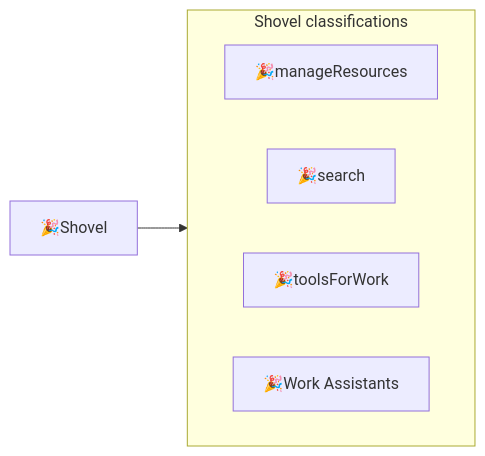
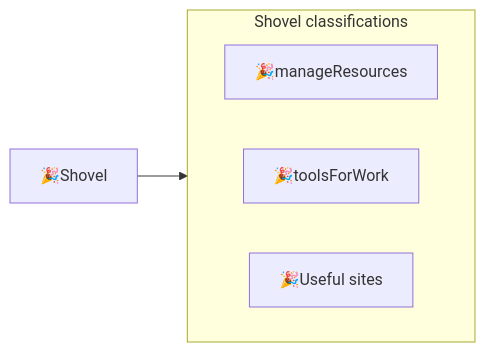
One commit to mindulle/garden changed the diagram in content/Design/Seeds/Shovel/🎉Shovel.md. Above: the diagram before and after it, drawn with Mermaid. The commit also changed other lines of this file and 50 other files, not shown here.

````diff
--- a/content/Design/Seeds/Shovel/🎉Shovel.md
+++ b/content/Design/Seeds/Shovel/🎉Shovel.md
@@ -18,12 +18,11 @@
 ```mermaid
 flowchart LR
 	HERE[&#127881Shovel]
 	subgraph triage[Shovel classifications]
 		direction LR
 		manageResources[&#127881manageResources]
-		Search[&#127881search]
 		toolsForWork[&#127881toolsForWork]
-		workAssistnats[&#127881Work Assistants]
+		usefulSites[&#127881Useful sites]
 	end
 	HERE --> triage
 ```
````
